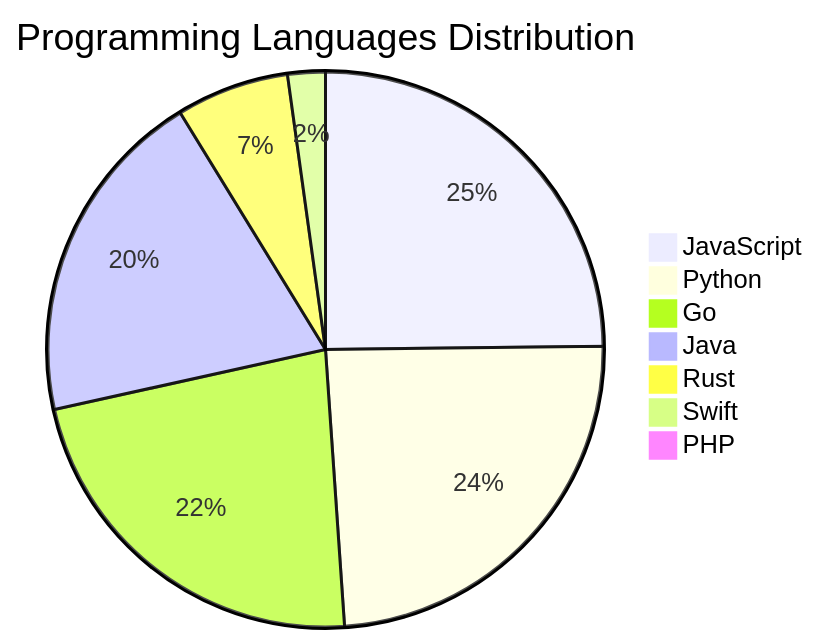
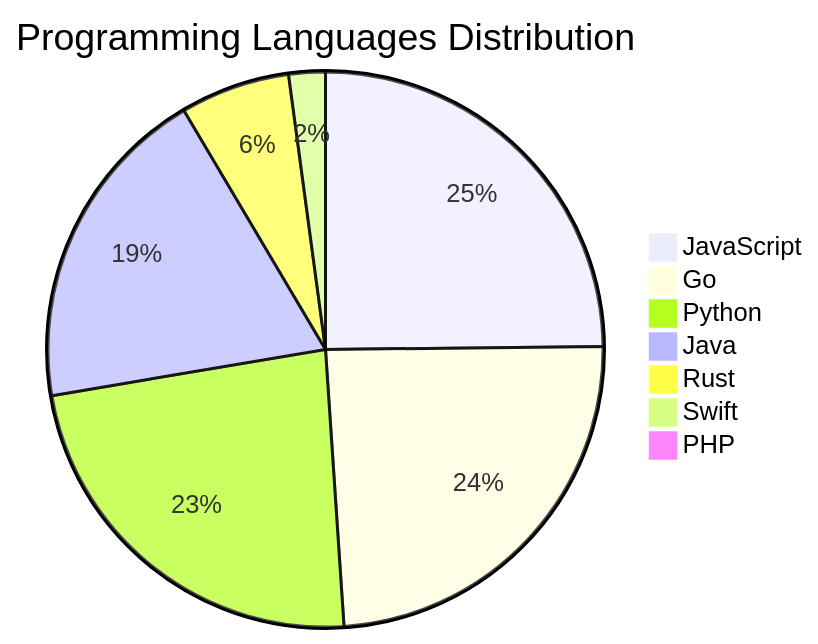
One commit to Derrick-MUGISHA/github-activity-bot changed the diagram in README.md. Above: the diagram before and after it, drawn with Mermaid. The commit also changed other lines of this file and 4 other files, not shown here.

````diff
--- a/README.md
+++ b/README.md
@@ -207,10 +207,10 @@
 ```mermaid
 pie title Programming Languages Distribution
-    "JavaScript" : 34
+    "JavaScript" : 35
+    "Go" : 34
     "Python" : 33
-    "Go" : 31
     "Java" : 27
     "Rust" : 9
     "Swift" : 3
     "PHP" : 1
 ```
````
